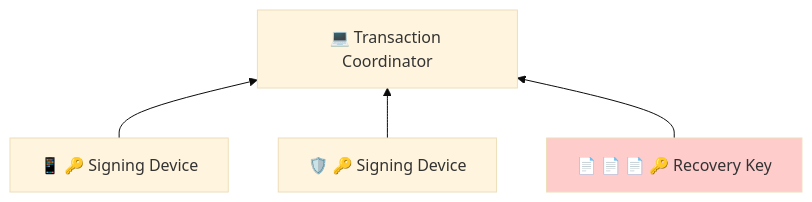
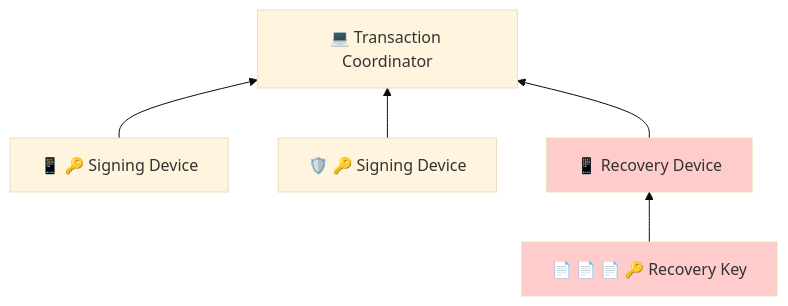
One commit to BlockchainCommons/SmartCustody changed the first of 16 diagrams in Docs/Scenario-Multisig.md. Above: the diagram before and after it, drawn with Mermaid.

````diff
--- a/Docs/Scenario-Multisig.md
+++ b/Docs/Scenario-Multisig.md
@@ -18,13 +18,16 @@
 ```mermaid
 %%{init: {'theme': 'base', 'themeVariables': { 'fontSize': '50'}}}%%
     graph BT;
     A["💻 Transaction Coordinator"]
     B["📱 🔑 Signing Device"]
     C["🛡️ 🔑 Signing Device"]
-    D["📄 📄 📄 🔑 Recovery Key"]
+    D["📱 Recovery Device"]
+    E["📄 📄 📄 🔑 Recovery Key"]
     B-->A;
     C-->A;
     D-->A;
+    E-->D;
     
 style D fill:#ffcccc;
+style E fill:#ffcccc;
 ```
````
